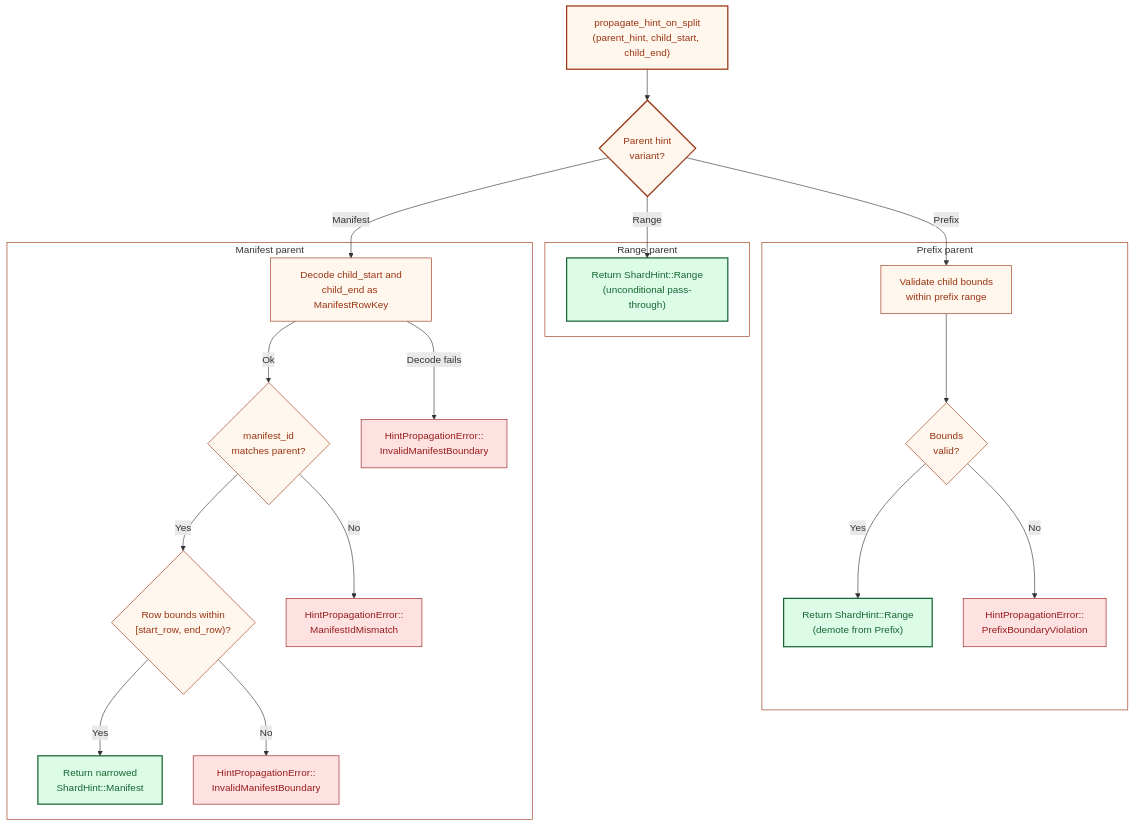
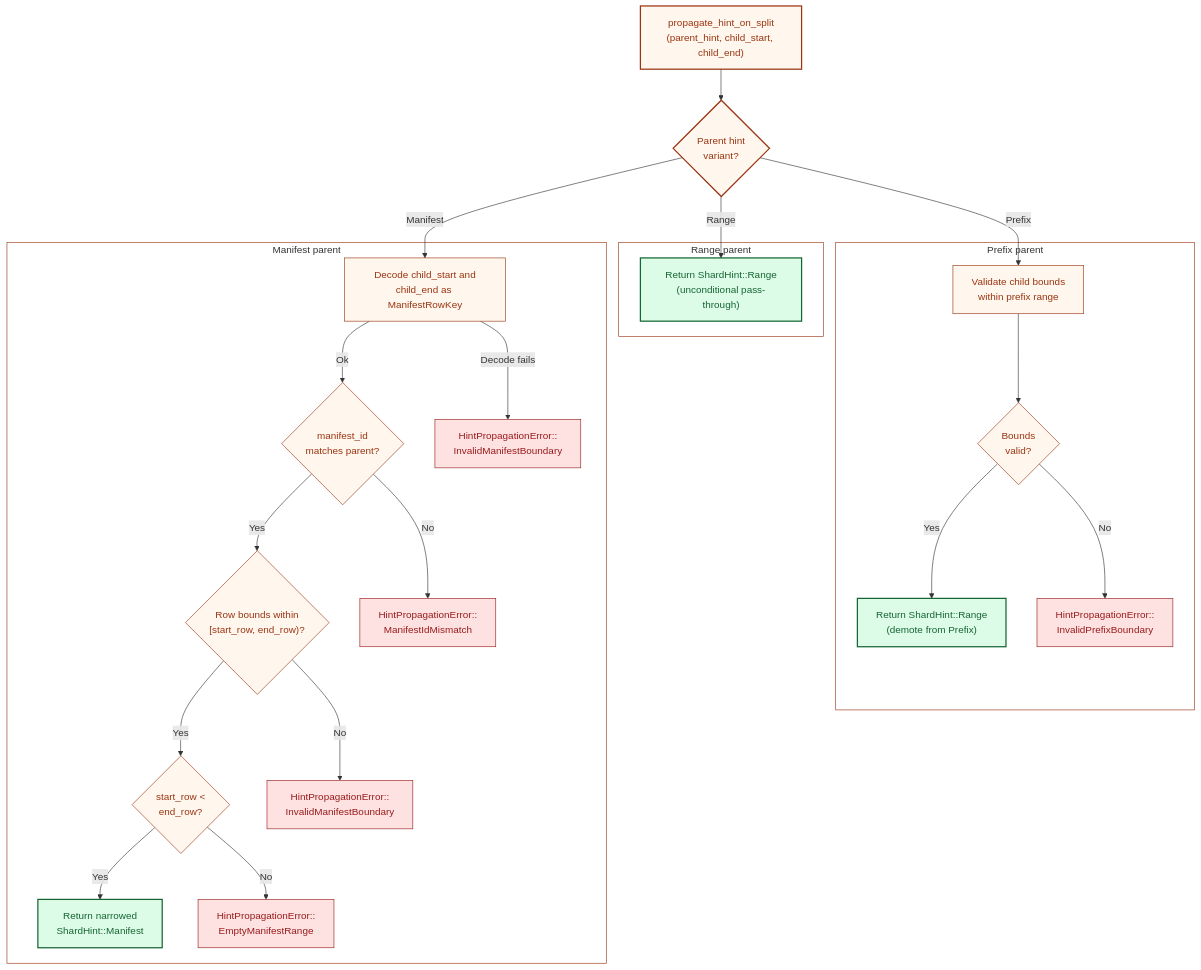
Before and after one commit to ahrav/Gossip-rs: the seventh of 7 diagrams in diagrams/13-shard-algebra-types.md, drawn with Mermaid. The commit also changed other lines of this file and 29 other files, not shown here.

First line of the commit message:
Update diagram directory inventory and diagram counts

````diff
--- a/diagrams/13-shard-algebra-types.md
+++ b/diagrams/13-shard-algebra-types.md
@@ -451,65 +451,71 @@
 ```mermaid
 %% Diagram: split-hint-propagation
 flowchart TD
     START["propagate_hint_on_split<br/>(parent_hint, child_start, child_end)"]
 
     MATCH{"Parent hint<br/>variant?"}
 
     START --> MATCH
 
     subgraph RangeCase["Range parent"]
         R_OUT["Return ShardHint::Range<br/>(unconditional pass-through)"]
     end
 
     subgraph PrefixCase["Prefix parent"]
         P_VALIDATE["Validate child bounds<br/>within prefix range"]
         P_CHECK{"Bounds<br/>valid?"}
         P_DEMOTE["Return ShardHint::Range<br/>(demote from Prefix)"]
-        P_ERR["HintPropagationError::<br/>PrefixBoundaryViolation"]
+        P_ERR["HintPropagationError::<br/>InvalidPrefixBoundary"]
 
         P_VALIDATE --> P_CHECK
         P_CHECK -->|"Yes"| P_DEMOTE
         P_CHECK -->|"No"| P_ERR
     end
 
     subgraph ManifestCase["Manifest parent"]
         M_DECODE["Decode child_start and<br/>child_end as ManifestRowKey"]
         M_ID{"manifest_id<br/>matches parent?"}
         M_ROWS{"Row bounds within<br/>[start_row, end_row)?"}
+        M_EMPTY{"start_row &lt;<br/>end_row?"}
         M_NARROW["Return narrowed<br/>ShardHint::Manifest"]
         M_ERR_ID["HintPropagationError::<br/>ManifestIdMismatch"]
         M_ERR_BOUND["HintPropagationError::<br/>InvalidManifestBoundary"]
         M_ERR_DECODE["HintPropagationError::<br/>InvalidManifestBoundary"]
+        M_ERR_EMPTY["HintPropagationError::<br/>EmptyManifestRange"]
 
         M_DECODE -->|"Ok"| M_ID
         M_DECODE -->|"Decode fails"| M_ERR_DECODE
         M_ID -->|"Yes"| M_ROWS
         M_ID -->|"No"| M_ERR_ID
-        M_ROWS -->|"Yes"| M_NARROW
+        M_ROWS -->|"Yes"| M_EMPTY
         M_ROWS -->|"No"| M_ERR_BOUND
+        M_EMPTY -->|"Yes"| M_NARROW
+        M_EMPTY -->|"No"| M_ERR_EMPTY
     end
 
     MATCH -->|"Range"| R_OUT
     MATCH -->|"Prefix"| P_VALIDATE
     MATCH -->|"Manifest"| M_DECODE
 
     style START fill:#FFF7ED,stroke:#9A3412,stroke-width:2px,color:#9A3412
     style MATCH fill:#FFF7ED,stroke:#9A3412,stroke-width:2px,color:#9A3412
 
     style RangeCase fill:none,stroke:#9A3412,stroke-width:1px
     style PrefixCase fill:none,stroke:#9A3412,stroke-width:1px
     style ManifestCase fill:none,stroke:#9A3412,stroke-width:1px
 
     style R_OUT fill:#DCFCE7,stroke:#166534,stroke-width:2px,color:#166534
     style P_VALIDATE fill:#FFF7ED,stroke:#9A3412,stroke-width:1px,color:#9A3412
     style P_CHECK fill:#FFF7ED,stroke:#9A3412,stroke-width:1px,color:#9A3412
     style P_DEMOTE fill:#DCFCE7,stroke:#166534,stroke-width:2px,color:#166534
     style P_ERR fill:#FEE2E2,stroke:#991B1B,stroke-width:1px,color:#991B1B
     style M_DECODE fill:#FFF7ED,stroke:#9A3412,stroke-width:1px,color:#9A3412
     style M_ID fill:#FFF7ED,stroke:#9A3412,stroke-width:1px,color:#9A3412
     style M_ROWS fill:#FFF7ED,stroke:#9A3412,stroke-width:1px,color:#9A3412
     style M_NARROW fill:#DCFCE7,stroke:#166534,stroke-width:2px,color:#166534
     style M_ERR_ID fill:#FEE2E2,stroke:#991B1B,stroke-width:1px,color:#991B1B
     style M_ERR_BOUND fill:#FEE2E2,stroke:#991B1B,stroke-width:1px,color:#991B1B
     style M_ERR_DECODE fill:#FEE2E2,stroke:#991B1B,stroke-width:1px,color:#991B1B
+    style M_EMPTY fill:#FFF7ED,stroke:#9A3412,stroke-width:1px,color:#9A3412
+    style M_ERR_EMPTY fill:#FEE2E2,stroke:#991B1B,stroke-width:1px,color:#991B1B
 ```
````
